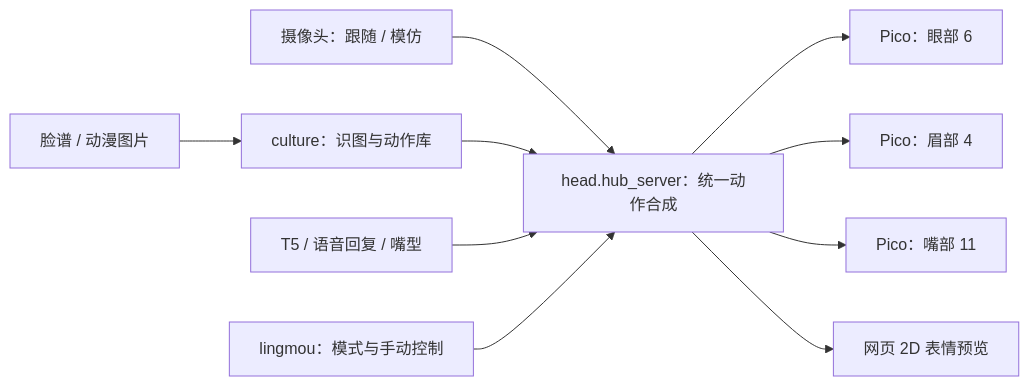
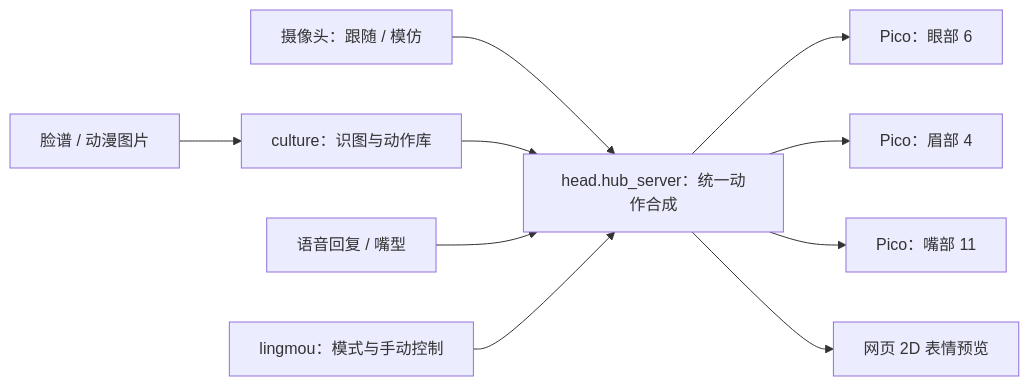
Before and after one commit to letteryzzm/emotionbot: the diagram in README.md, drawn with Mermaid. The commit also changed other lines of this file and 6 other files, not shown here.

````diff
--- a/README.md
+++ b/README.md
@@ -45,12 +49,12 @@
 ```mermaid
 flowchart LR
     Camera[摄像头：跟随 / 模仿] --> Hub[head.hub_server：统一动作合成]
     Culture[脸谱 / 动漫图片] --> Actions[culture：识图与动作库]
     Actions --> Hub
-    Voice[T5 / 语音回复 / 嘴型] --> Hub
+    Voice[语音回复 / 嘴型] --> Hub
     UI[lingmou：模式与手动控制] --> Hub
     Hub --> Eyes[Pico：眼部 6]
     Hub --> Brows[Pico：眉部 4]
     Hub --> Mouth[Pico：嘴部 11]
     Hub --> Preview[网页 2D 表情预览]
 ```
````
